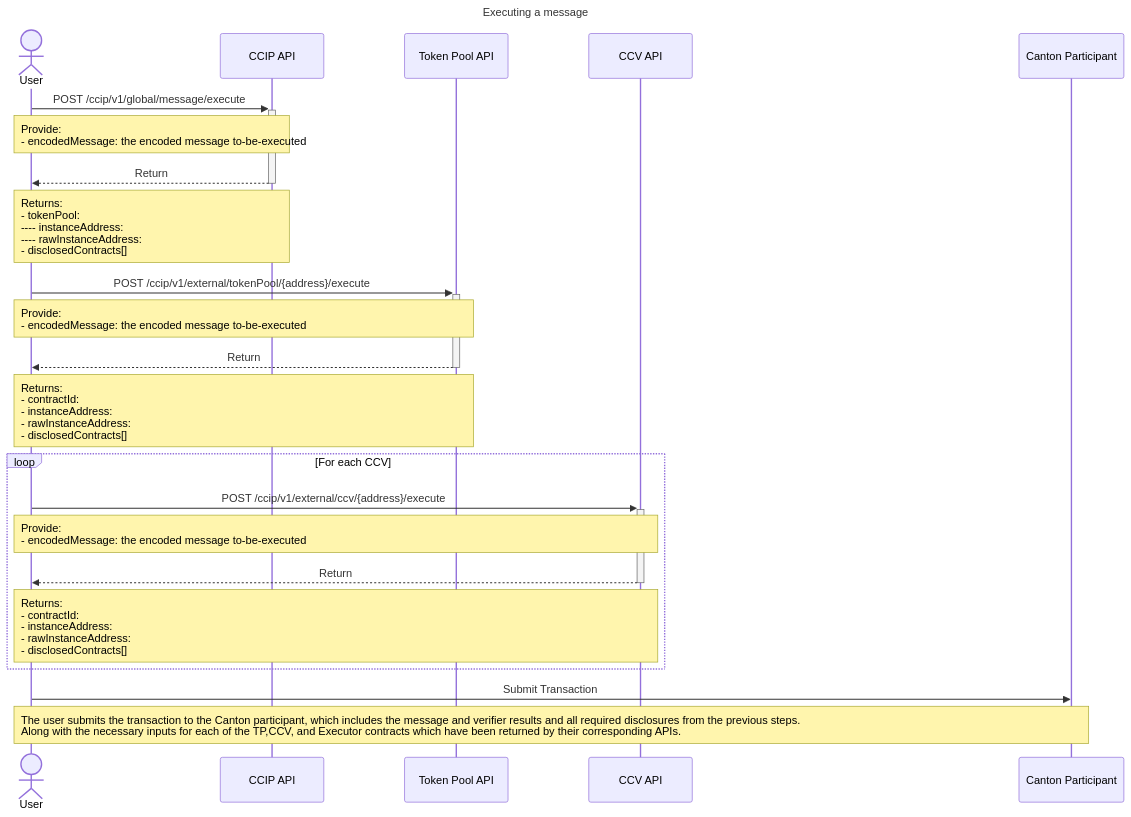
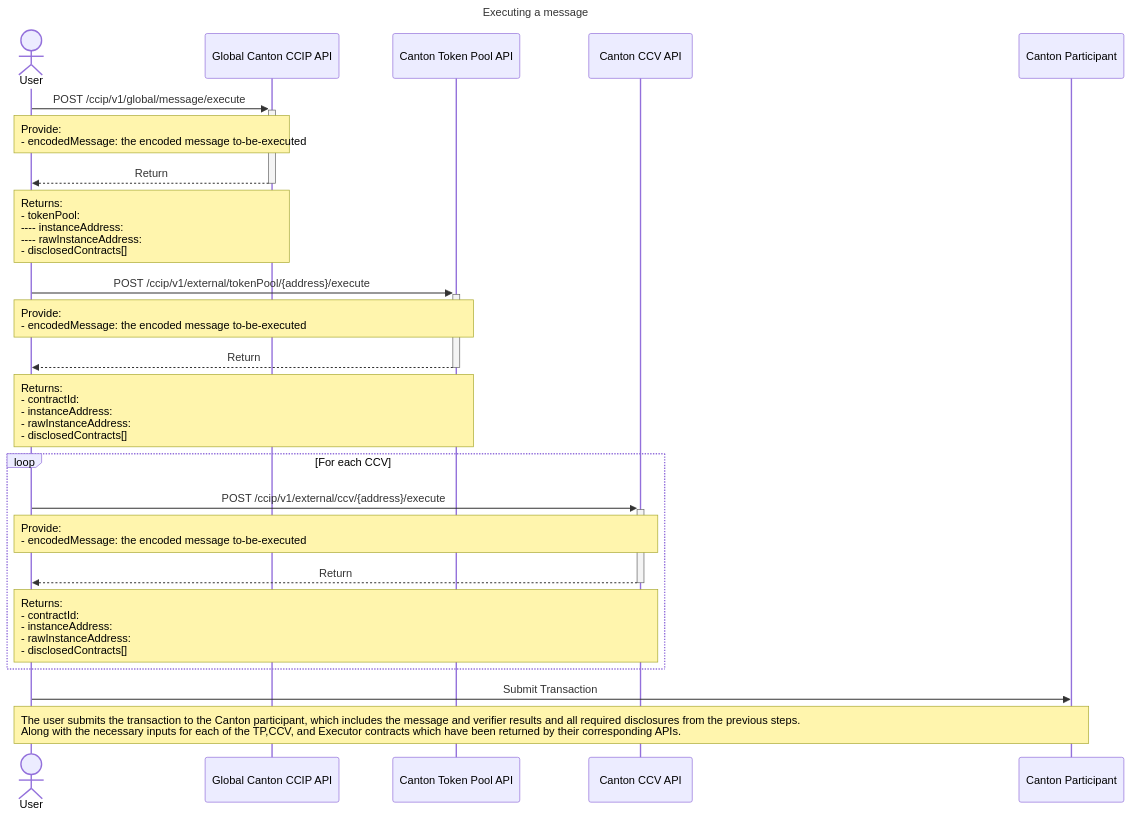
One commit to smartcontractkit/chainlink-canton changed the second of 2 diagrams in openapi/src/eds/README.md. Above: the diagram before and after it, drawn with Mermaid. The commit also changed other lines of this file and 5 other files, not shown here.

````diff
--- a/openapi/src/eds/README.md
+++ b/openapi/src/eds/README.md
@@ -225,38 +225,38 @@
 ```mermaid
 ---
 title: Executing a message
 config:
     sequence:
         messageAlign: center
         noteAlign: left
         noteMargin: 10
 ---
 
 sequenceDiagram
     actor User
-    participant CCIP as CCIP API
-    participant TP as Token Pool API
-    participant CCV as CCV API
+    participant CCIP as Global Canton CCIP API
+    participant TP as Canton Token Pool API
+    participant CCV as Canton CCV API
     participant Canton as Canton Participant
 
     User ->>+ CCIP: POST /ccip/v1/global/message/execute
     note over User, CCIP: Provide: <br/> - encodedMessage: the encoded message to-be-executed
     CCIP -->>- User: Return
     note over User, CCIP: Returns: <br/> - tokenPool: <br/> ---- instanceAddress: <br/> ---- rawInstanceAddress: <br/> - disclosedContracts[]
 
     User ->>+ TP: POST /ccip/v1/external/tokenPool/{address}/execute
     note over User, TP: Provide: <br/> - encodedMessage: the encoded message to-be-executed
     TP -->>- User: Return
     note over User, TP: Returns: <br/> - contractId: <br/> - instanceAddress: <br/> - rawInstanceAddress: <br/> - disclosedContracts[]
 
     loop For each CCV
         User ->>+ CCV: POST /ccip/v1/external/ccv/{address}/execute
         note over User, CCV: Provide: <br/> - encodedMessage: the encoded message to-be-executed
         CCV -->>- User: Return
         note over User, CCV: Returns: <br/> - contractId: <br/> - instanceAddress: <br/> - rawInstanceAddress: <br/> - disclosedContracts[]
     end
 
     User ->> Canton: Submit Transaction
     note over User, Canton: The user submits the transaction to the Canton participant, which includes the message and verifier results and all required disclosures from the previous steps. <br/> Along with the necessary inputs for each of the TP,CCV, and Executor contracts which have been returned by their corresponding APIs.
 
 ```
````
